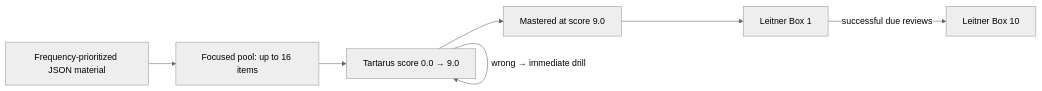
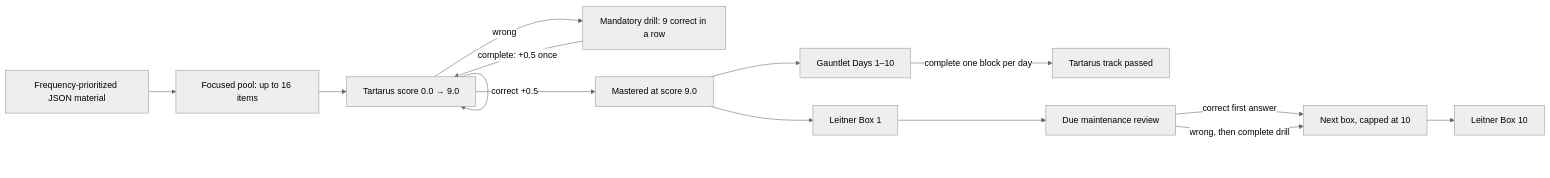
One commit to bahman-farhadian/mashq changed the diagram in README.md. Above: the diagram before and after it, drawn with Mermaid (neutral theme). The commit also changed other lines of this file and 4 other files, not shown here.

````diff
--- a/README.md
+++ b/README.md
@@ -25,17 +25,28 @@
 ```mermaid
 flowchart LR
     JSON["Frequency-prioritized JSON material"]
     FOCUS["Focused pool: up to 16 items"]
     SCORE["Tartarus score 0.0 → 9.0"]
+    DRILL["Mandatory drill: 9 correct in a row"]
     MASTER["Mastered at score 9.0"]
+    DAILY["Gauntlet Days 1–10"]
+    DAY11["Tartarus track passed"]
     BOX1["Leitner Box 1"]
+    DUE["Due maintenance review"]
+    NEXT["Next box, capped at 10"]
     BOX10["Leitner Box 10"]
 
     JSON --> FOCUS
     FOCUS --> SCORE
     SCORE -->|"correct +0.5"| SCORE
-    SCORE -->|"wrong → immediate drill"| SCORE
+    SCORE -->|"wrong"| DRILL
+    DRILL -->|"complete: +0.5 once"| SCORE
     SCORE --> MASTER
+    MASTER --> DAILY
+    DAILY -->|"complete one block per day"| DAY11
     MASTER --> BOX1
-    BOX1 -->|"successful due reviews"| BOX10
+    BOX1 --> DUE
+    DUE -->|"correct first answer"| NEXT
+    DUE -->|"wrong, then complete drill"| NEXT
+    NEXT --> BOX10
 ```
````
